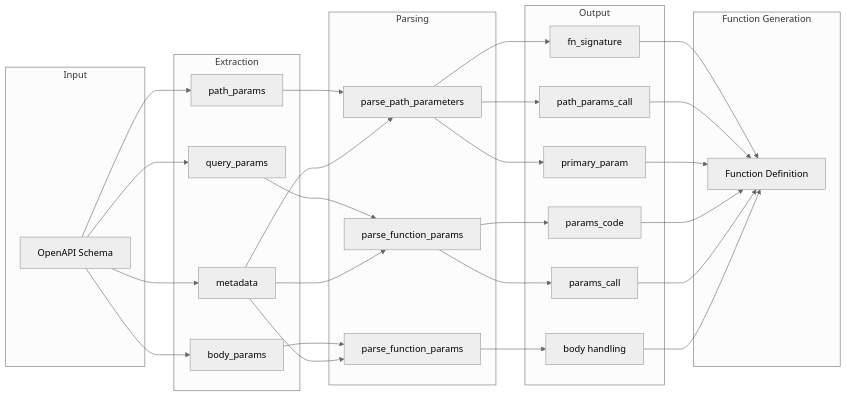
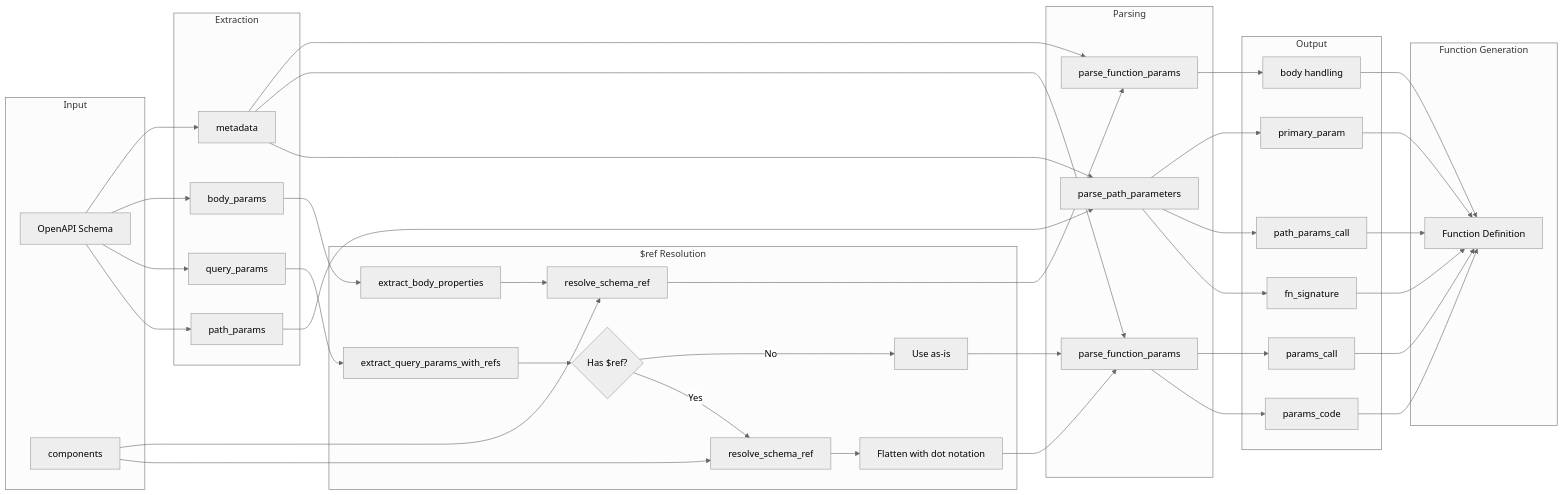
The third of 5 diagrams in dev/ENDPOINT_EVAL_UTILS_GUIDE.md (seanthimons/ComptoxR), drawn with Mermaid (neutral theme) before and after one commit. The commit also changed other lines of this file and 4 other files, not shown here.

````diff
--- a/dev/ENDPOINT_EVAL_UTILS_GUIDE.md
+++ b/dev/ENDPOINT_EVAL_UTILS_GUIDE.md
@@ -512,40 +622,54 @@
 ``` mermaid
 flowchart LR
     subgraph "Input"
         A[OpenAPI Schema]
+        A1[components]
     end
 
     subgraph "Extraction"
         A --> B[path_params]
         A --> C[query_params]
         A --> D[body_params]
         A --> E[metadata]
     end
 
+    subgraph "$ref Resolution"
+        C --> C1[extract_query_params_with_refs]
+        C1 --> C2{Has $ref?}
+        C2 -->|Yes| C3[resolve_schema_ref]
+        C3 --> C4[Flatten with dot notation]
+        C2 -->|No| C5[Use as-is]
+        A1 --> C3
+        D --> D1[extract_body_properties]
+        D1 --> D2[resolve_schema_ref]
+        A1 --> D2
+    end
+
     subgraph "Parsing"
         B --> F[parse_path_parameters]
-        C --> G[parse_function_params]
-        D --> H[parse_function_params]
+        C4 --> G[parse_function_params]
+        C5 --> G
+        D2 --> H[parse_function_params]
         E --> F
         E --> G
         E --> H
     end
 
     subgraph "Output"
         F --> I[fn_signature]
         F --> J[path_params_call]
         F --> K[primary_param]
         G --> L[params_code]
         G --> M[params_call]
         H --> N[body handling]
     end
 
     subgraph "Function Generation"
         I --> O[Function Definition]
         J --> O
         K --> O
         L --> O
         M --> O
         N --> O
     end
 ```
````
